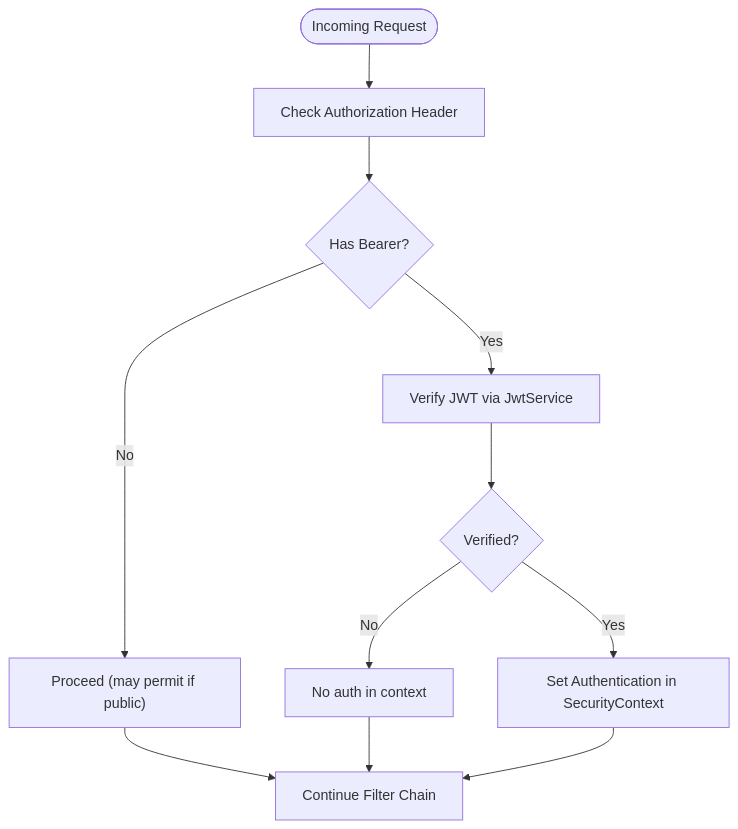
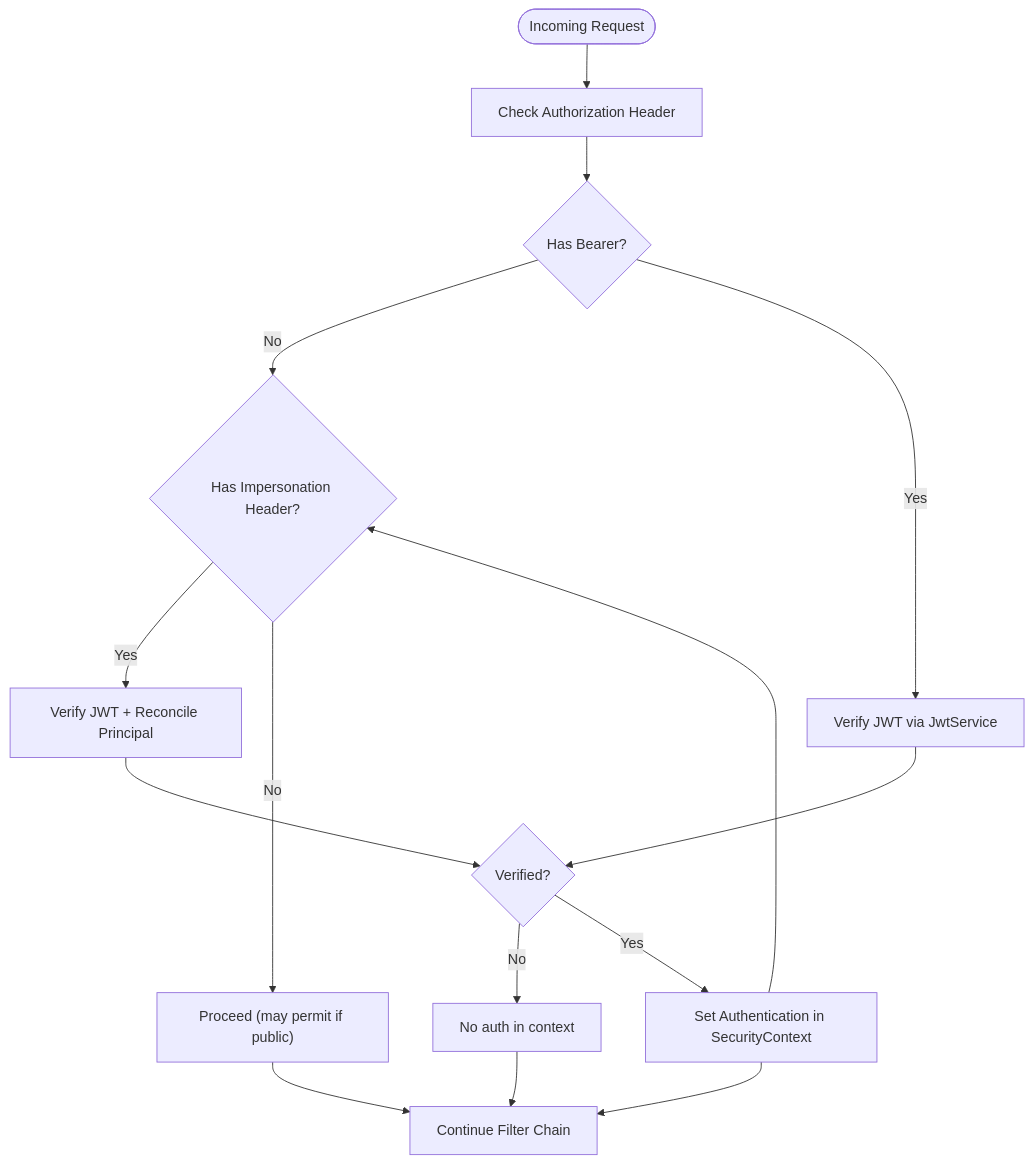
Before and after one commit to effinrich/rh-nx-monorepo: the fifth of 8 diagrams in .qoder/repowiki/en/content/Authentication & Authorization.md, drawn with Mermaid. The commit also changed other lines of this file and 130 other files, not shown here.

````diff
--- a/.qoder/repowiki/en/content/Authentication & Authorization.md
+++ b/.qoder/repowiki/en/content/Authentication & Authorization.md
@@ -192,13 +232,17 @@
 ```mermaid
 flowchart TD
 Start(["Incoming Request"]) --> CheckAuth["Check Authorization Header"]
 CheckAuth --> HasBearer{"Has Bearer?"}
-HasBearer --> |No| Permitted["Proceed (may permit if public)"]
+HasBearer --> |No| CheckImpersonation{"Has Impersonation Header?"}
 HasBearer --> |Yes| Verify["Verify JWT via JwtService"]
+CheckImpersonation --> |Yes| VerifyWithImpersonation["Verify JWT + Reconcile Principal"]
+CheckImpersonation --> |No| Permitted["Proceed (may permit if public)"]
 Verify --> Verified{"Verified?"}
+VerifyWithImpersonation --> Verified
 Verified --> |No| Deny["No auth in context"]
 Verified --> |Yes| SetAuth["Set Authentication in SecurityContext"]
+SetAuth --> CheckImpersonation
 SetAuth --> Next["Continue Filter Chain"]
 Permitted --> Next
 Deny --> Next
 ```
````
